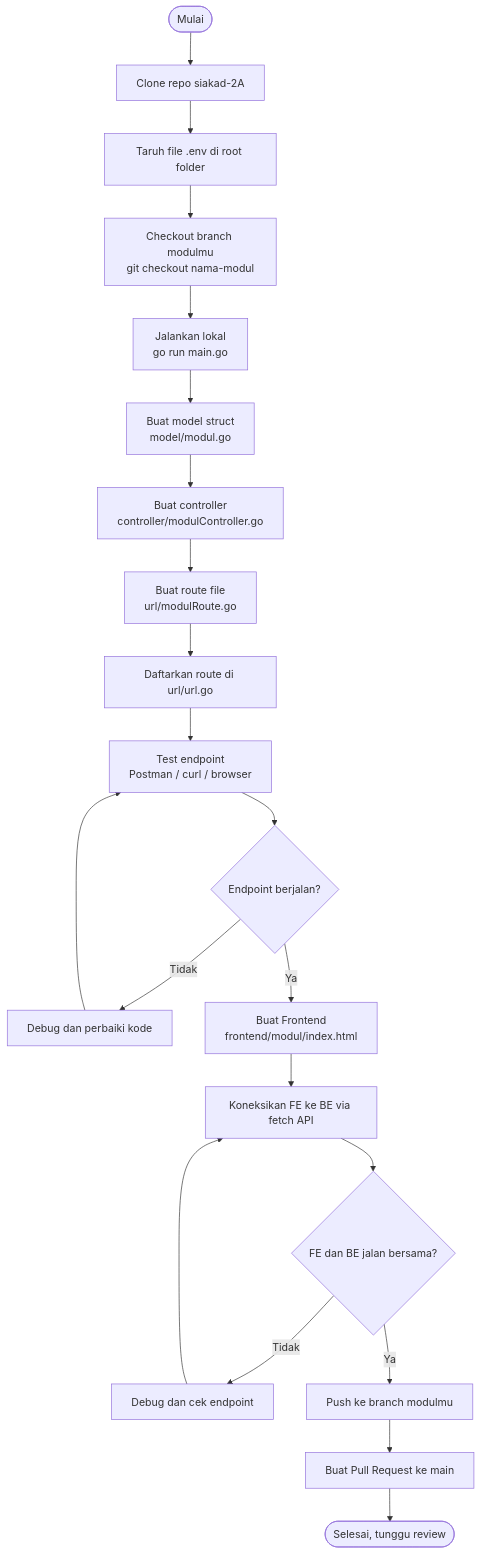
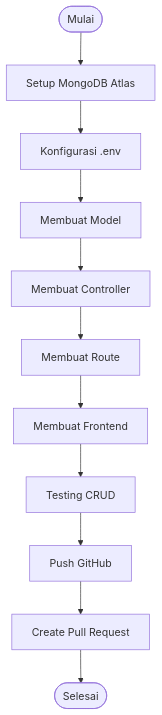
Before and after one commit to 24A-TI-ULBI/siakad-2A: the diagram in README.md, drawn with Mermaid. The commit also changed other lines of this file, not shown here.

Commit message:
docs: update dokumentasi api jadwal dan ruangan serta info frontend

````diff
--- a/README.md
+++ b/README.md
@@ -558,23 +75,13 @@
 ```mermaid
 flowchart TD
-    A([Mulai]) --> B[Clone repo siakad-2A]
-    B --> C[Taruh file .env di root folder]
-    C --> D[Checkout branch modulmu\ngit checkout nama-modul]
-    D --> E[Jalankan lokal\ngo run main.go]
-    E --> F[Buat model struct\nmodel/modul.go]
-    F --> G[Buat controller\ncontroller/modulController.go]
-    G --> H[Buat route file\nurl/modulRoute.go]
-    H --> I[Daftarkan route di url/url.go]
-    I --> J[Test endpoint\nPostman / curl / browser]
-    J --> K{Endpoint berjalan?}
-    K -- Tidak --> L[Debug dan perbaiki kode]
-    L --> J
-    K -- Ya --> M[Buat Frontend\nfrontend/modul/index.html]
-    M --> N[Koneksikan FE ke BE via fetch API]
-    N --> O{FE dan BE jalan bersama?}
-    O -- Tidak --> P[Debug dan cek endpoint]
-    P --> N
-    O -- Ya --> Q[Push ke branch modulmu]
-    Q --> R[Buat Pull Request ke main]
-    R --> S([Selesai, tunggu review])
+    A([Mulai]) --> B[Setup MongoDB Atlas]
+    B --> C[Konfigurasi .env]
+    C --> D[Membuat Model]
+    D --> E[Membuat Controller]
+    E --> F[Membuat Route]
+    F --> G[Membuat Frontend]
+    G --> H[Testing CRUD]
+    H --> I[Push GitHub]
+    I --> J[Create Pull Request]
+    J --> K([Selesai])
 ```
````
